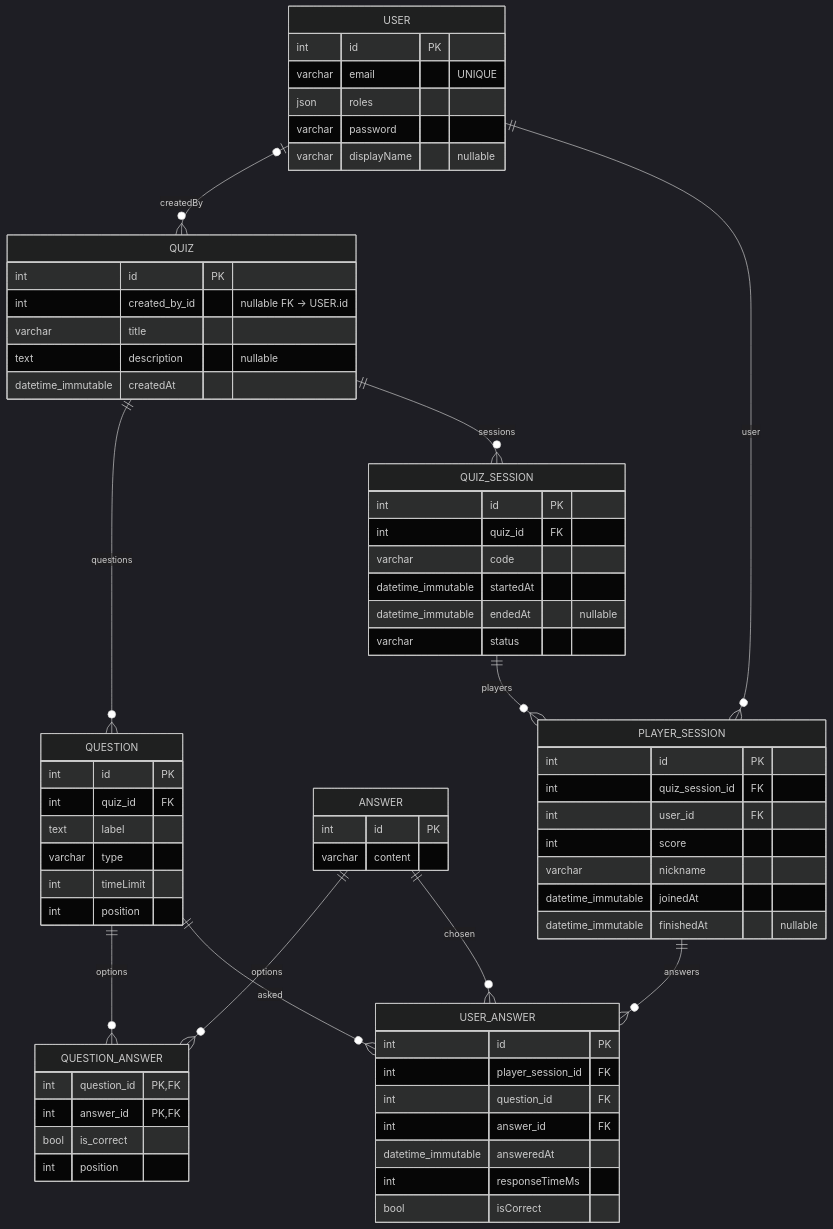
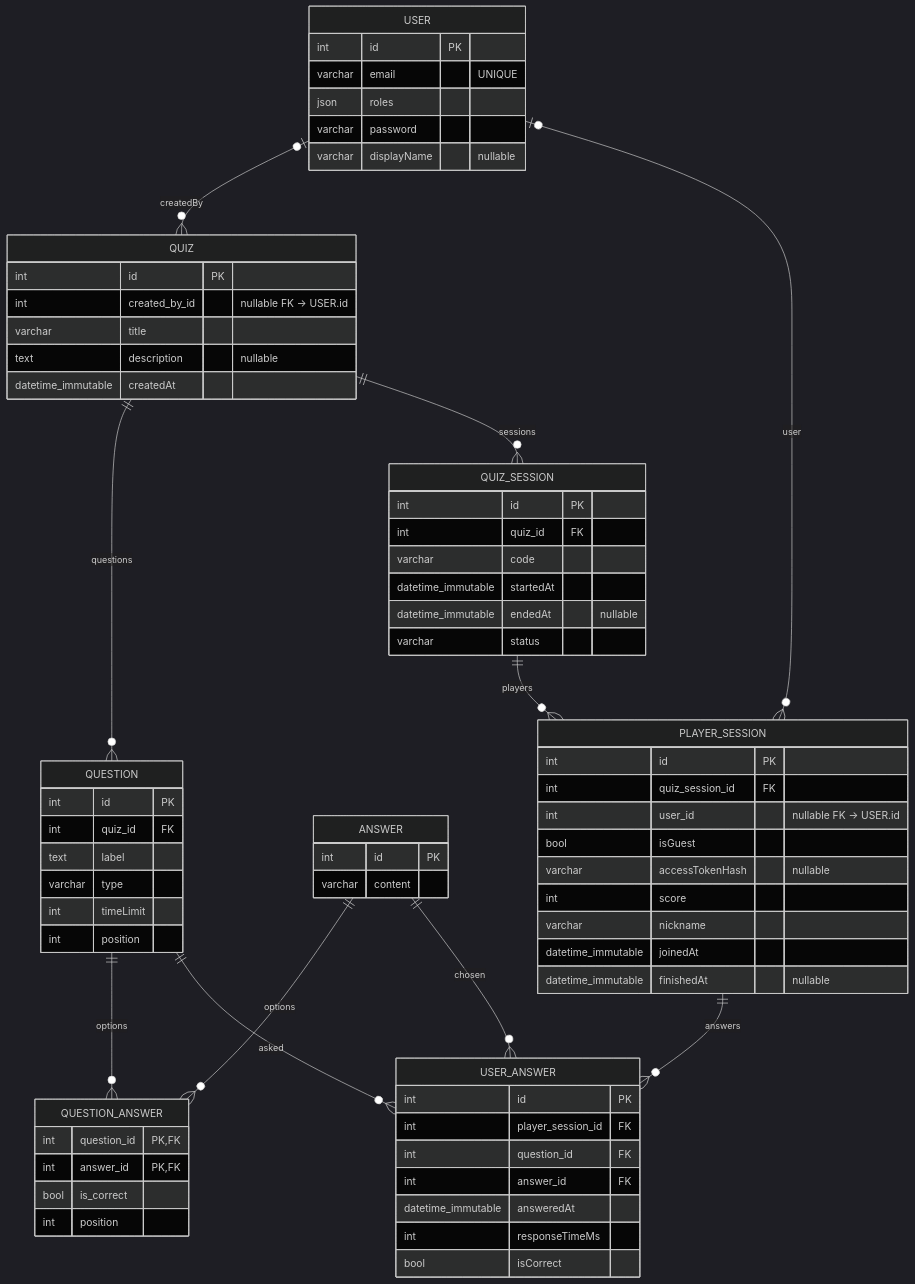
Before and after one commit to Azuryy11/Quizaro: the diagram in backend/docs/db-erd.mmd, drawn with Mermaid (dark theme). The commit also changed 16 other files, not shown here.

```diff
--- a/backend/docs/db-erd.mmd
+++ b/backend/docs/db-erd.mmd
@@ -1,79 +1,81 @@
 erDiagram
     USER {
         int id PK
         varchar email "UNIQUE"
         json roles
         varchar password
         varchar displayName "nullable"
     }
 
     QUIZ {
         int id PK
         int created_by_id "nullable FK -> USER.id"
         varchar title
         text description "nullable"
         datetime_immutable createdAt
     }
 
     QUESTION {
         int id PK
         int quiz_id FK
         text label
         varchar type
         int timeLimit
         int position
     }
 
     ANSWER {
         int id PK
         varchar content
     }
 
     QUESTION_ANSWER {
         int question_id PK, FK
         int answer_id PK, FK
         bool is_correct
         int position
     }
 
     QUIZ_SESSION {
         int id PK
         int quiz_id FK
         varchar code
         datetime_immutable startedAt
         datetime_immutable endedAt "nullable"
         varchar status
     }
 
     PLAYER_SESSION {
         int id PK
         int quiz_session_id FK
-        int user_id FK
+        int user_id "nullable FK -> USER.id"
+        bool isGuest
+        varchar accessTokenHash "nullable"
         int score
         varchar nickname
         datetime_immutable joinedAt
         datetime_immutable finishedAt "nullable"
     }
 
     USER_ANSWER {
         int id PK
         int player_session_id FK
         int question_id FK
         int answer_id FK
         datetime_immutable answeredAt
         int responseTimeMs
         bool isCorrect
     }
 
     USER o|--o{ QUIZ : createdBy
     QUIZ ||--o{ QUESTION : questions
     QUESTION ||--o{ QUESTION_ANSWER : options
     ANSWER ||--o{ QUESTION_ANSWER : options
 
     QUIZ ||--o{ QUIZ_SESSION : sessions
     QUIZ_SESSION ||--o{ PLAYER_SESSION : players
-    USER ||--o{ PLAYER_SESSION : user
+    USER o|--o{ PLAYER_SESSION : user
 
     PLAYER_SESSION ||--o{ USER_ANSWER : answers
     QUESTION ||--o{ USER_ANSWER : asked
     ANSWER ||--o{ USER_ANSWER : chosen
```
